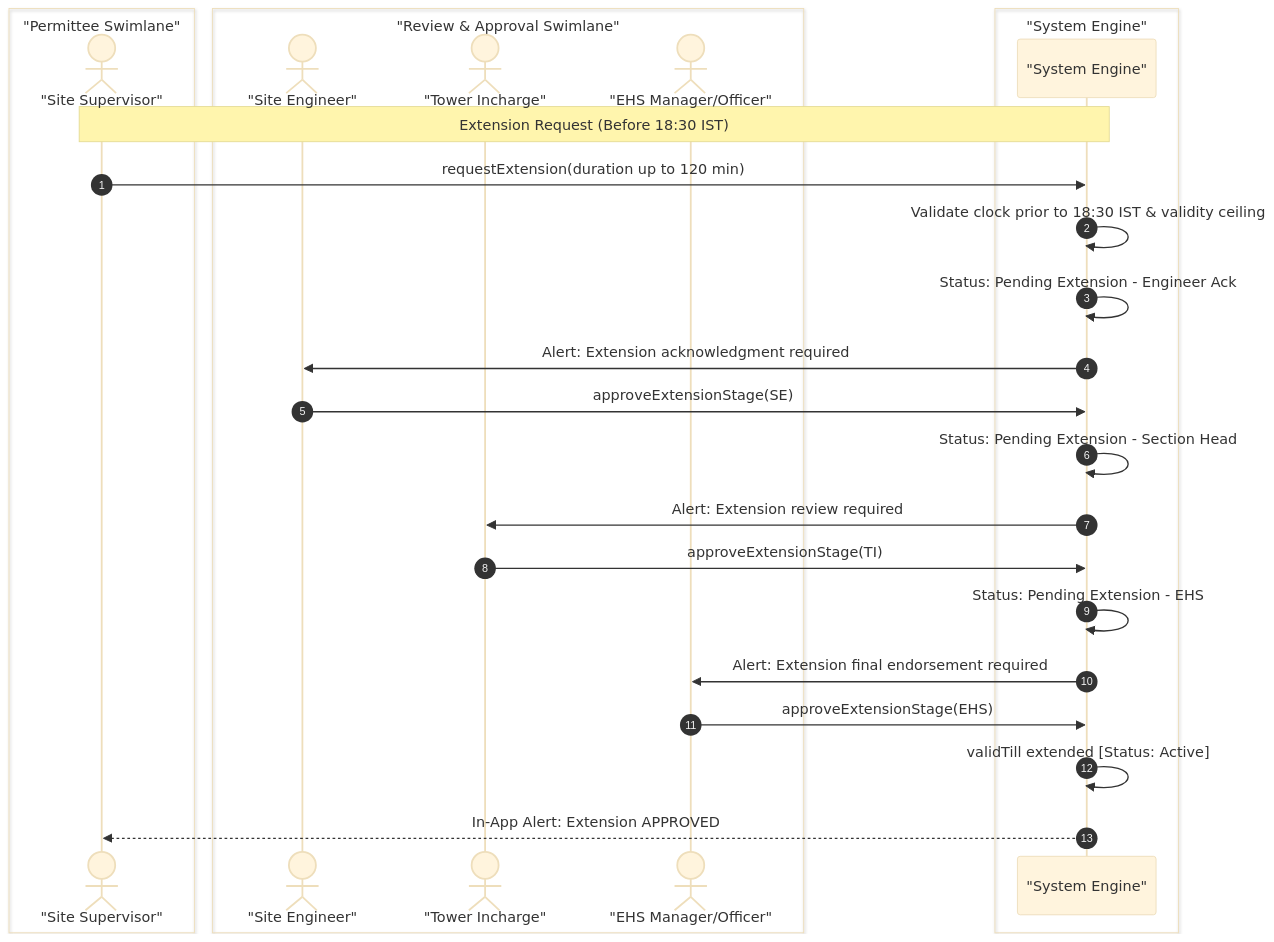
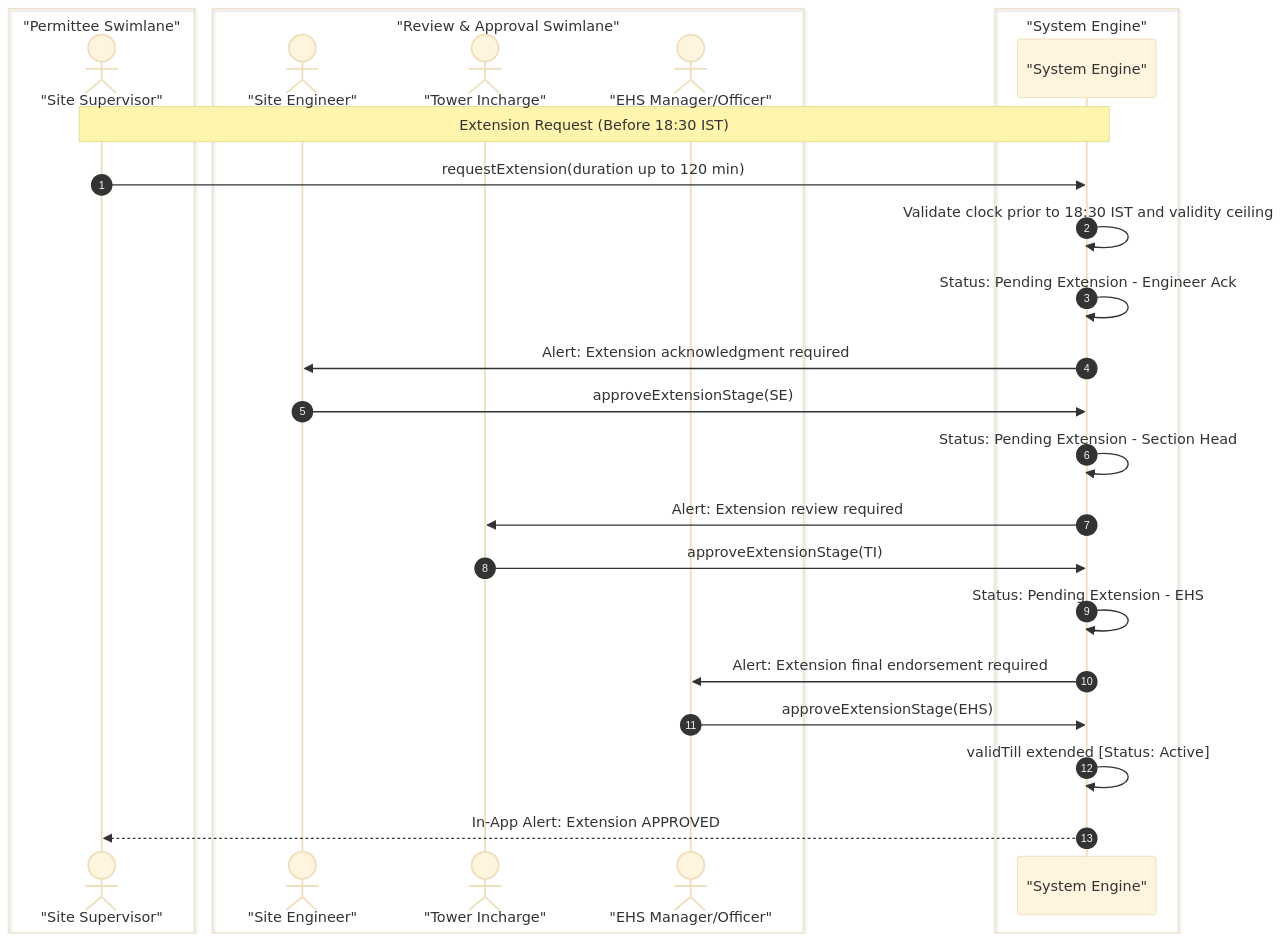
Diagram 35 of 44 in README.md (AuroGroupAutomationBot/ARPL-EHS-Demo), drawn with Mermaid (base theme) before and after one commit. The commit also changed other lines of this file, not shown here.

````diff
--- a/README.md
+++ b/README.md
@@ -2588,33 +2627,33 @@
 ```mermaid
 sequenceDiagram
     autonumber
     box "Permittee Swimlane"
         actor SS as "Site Supervisor"
     end
     box "Review & Approval Swimlane"
         actor SE as "Site Engineer"
         actor TI as "Tower Incharge"
         actor EHS as "EHS Manager/Officer"
     end
     box "System Engine"
         participant SYS as "System Engine"
     end
 
     Note over SS,SYS: Extension Request (Before 18:30 IST)
     SS->>SYS: requestExtension(duration up to 120 min)
-    SYS->>SYS: Validate clock prior to 18:30 IST & validity ceiling
+    SYS->>SYS: Validate clock prior to 18:30 IST and validity ceiling
     SYS->>SYS: Status: Pending Extension - Engineer Ack
     SYS->>SE: Alert: Extension acknowledgment required
 
     SE->>SYS: approveExtensionStage(SE)
     SYS->>SYS: Status: Pending Extension - Section Head
     SYS->>TI: Alert: Extension review required
 
     TI->>SYS: approveExtensionStage(TI)
     SYS->>SYS: Status: Pending Extension - EHS
     SYS->>EHS: Alert: Extension final endorsement required
 
     EHS->>SYS: approveExtensionStage(EHS)
     SYS->>SYS: validTill extended [Status: Active]
     SYS-->>SS: In-App Alert: Extension APPROVED
 ```
````
